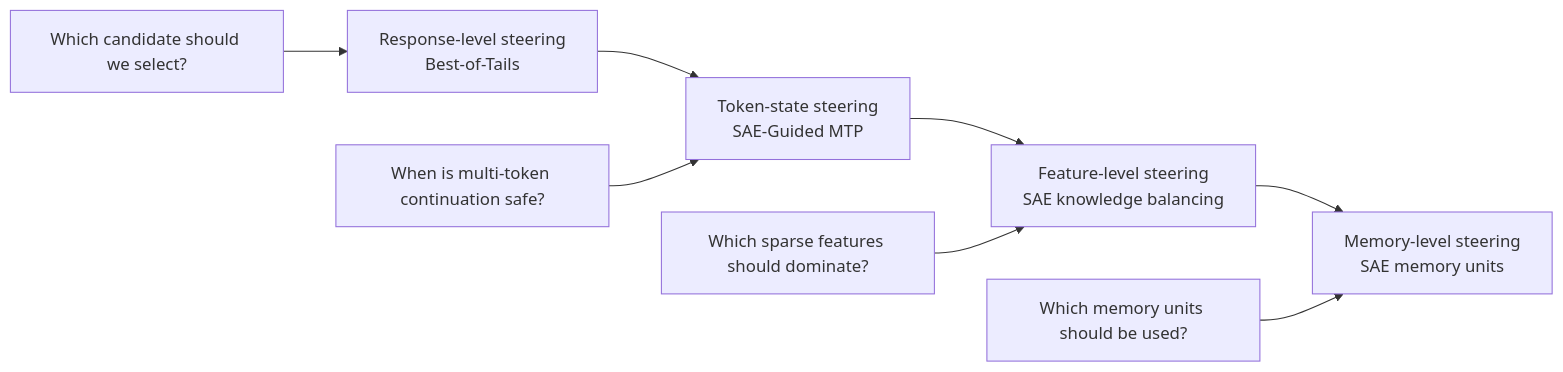
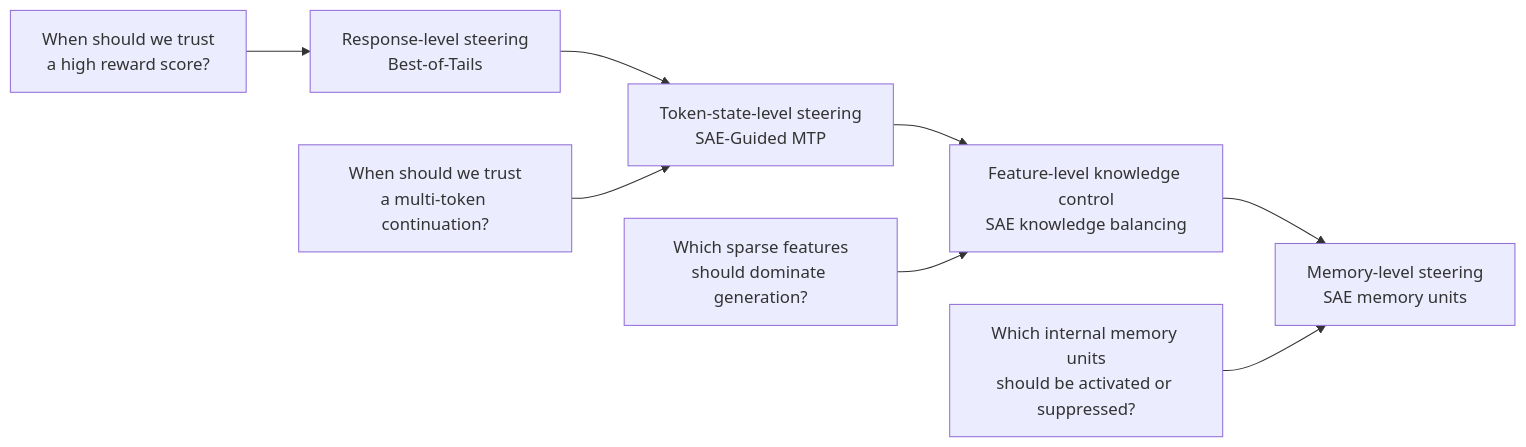
The first of 3 diagrams in README.md (HsiangHsu/inference-time-knowledge-steering), drawn with Mermaid before and after one commit. The commit also changed other lines of this file, not shown here.

````diff
--- a/README.md
+++ b/README.md
@@ -266,11 +17,11 @@
 ```mermaid
 flowchart LR
-    A[Response-level steering<br/>Best-of-Tails] --> B[Token-state steering<br/>SAE-Guided MTP]
-    B --> C[Feature-level steering<br/>SAE knowledge balancing]
+    A[Response-level steering<br/>Best-of-Tails] --> B[Token-state-level steering<br/>SAE-Guided MTP]
+    B --> C[Feature-level knowledge control<br/>SAE knowledge balancing]
     C --> D[Memory-level steering<br/>SAE memory units]
 
-    A2[Which candidate should we select?] --> A
-    B2[When is multi-token continuation safe?] --> B
-    C2[Which sparse features should dominate?] --> C
-    D2[Which memory units should be used?] --> D
+    A1[When should we trust<br/>a high reward score?] --> A
+    B1[When should we trust<br/>a multi-token continuation?] --> B
+    C1[Which sparse features<br/>should dominate generation?] --> C
+    D1[Which internal memory units<br/>should be activated or suppressed?] --> D
 ```
````
